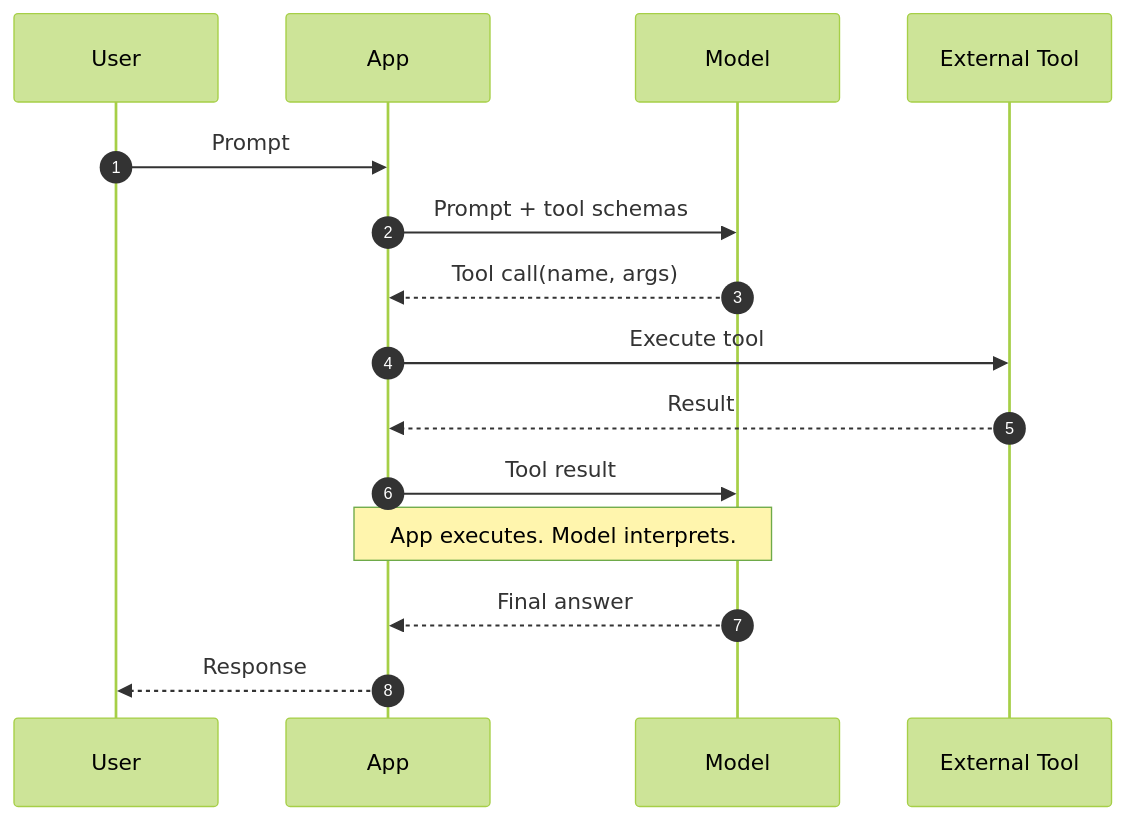
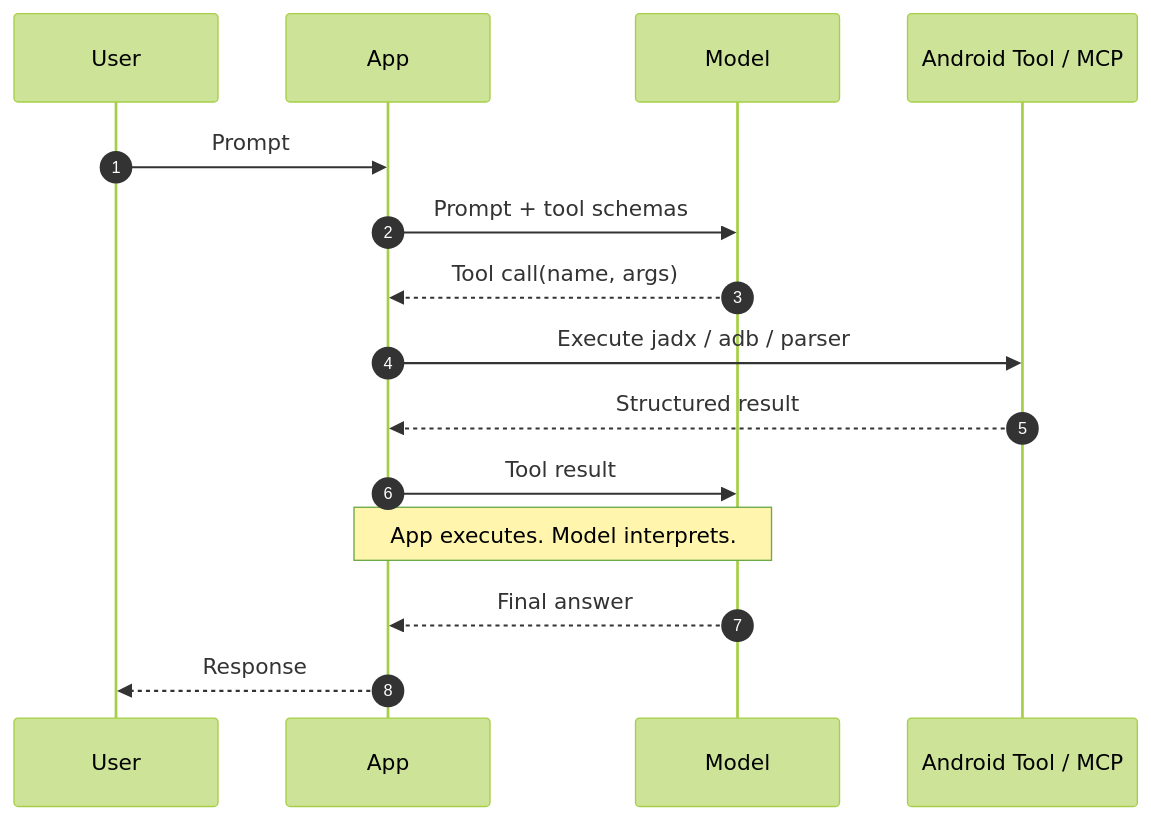
One commit to koalav/present-anyything changed the third of 16 diagrams in docs/ai-agent-effective-use/mermaid-diagrams.md. Above: the diagram before and after it, drawn with Mermaid (forest theme). The commit also changed other lines of this file and 26 other files, not shown here.

````diff
--- a/docs/ai-agent-effective-use/mermaid-diagrams.md
+++ b/docs/ai-agent-effective-use/mermaid-diagrams.md
@@ -47,18 +46,18 @@
 ```mermaid
 sequenceDiagram
   autonumber
   participant U as User
   participant A as App
   participant M as Model
-  participant T as External Tool
+  participant T as Android Tool / MCP
 
   U->>A: Prompt
   A->>M: Prompt + tool schemas
   M-->>A: Tool call(name, args)
-  A->>T: Execute tool
-  T-->>A: Result
+  A->>T: Execute jadx / adb / parser
+  T-->>A: Structured result
   A->>M: Tool result
   Note over A,M: App executes. Model interprets.
   M-->>A: Final answer
   A-->>U: Response
 ```
````
